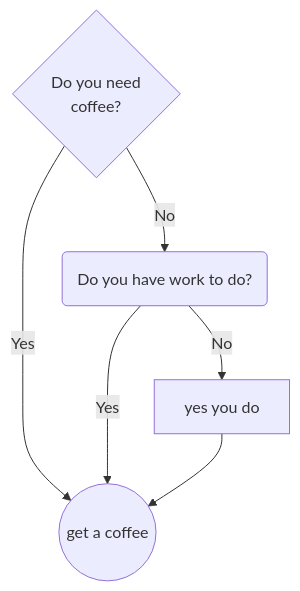
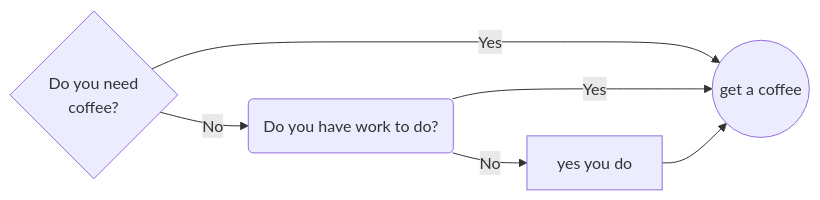
One commit to CUB-Data-Visualization/group-info-class-2026 changed the diagram in paige_mcdowell.qmd. Above: the diagram before and after it, drawn with Mermaid.

Commit message:
updated flowchart again

````diff
--- a/paige_mcdowell.qmd
+++ b/paige_mcdowell.qmd
@@ -59,10 +59,10 @@
 ```{mermaid}
 %%| label: fig-chart
 %%| fig-cap: Work planning flowchart to increase productivity.
-graph TB
+graph LR
     A{Do you need <br> coffee?} -->|No| B(Do you have work to do?)
     A --> |Yes| C((get a coffee))
     B --> |No| D[yes you do]
     B --> |Yes| C
     D --> C
 ```
````
